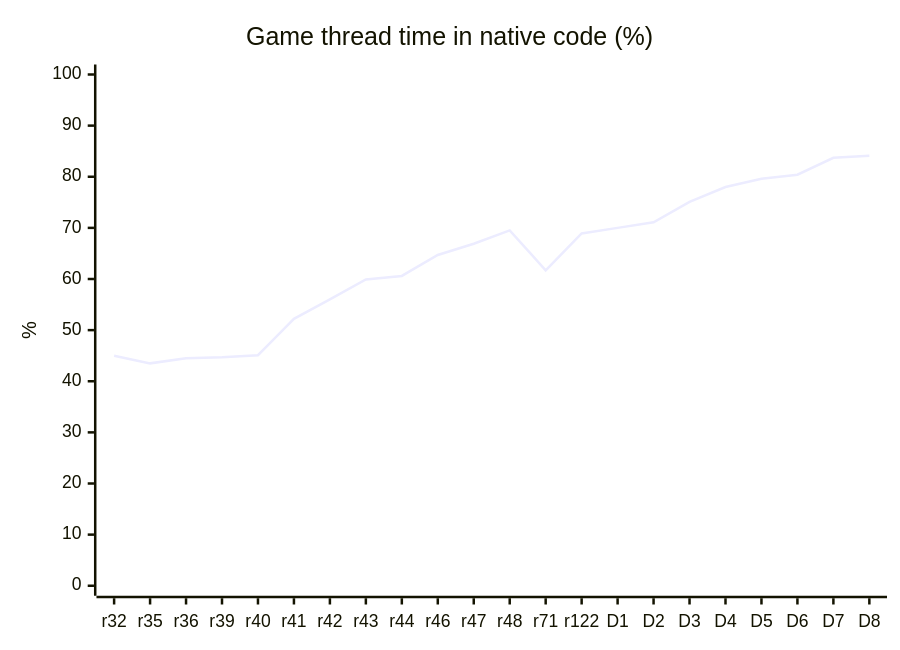
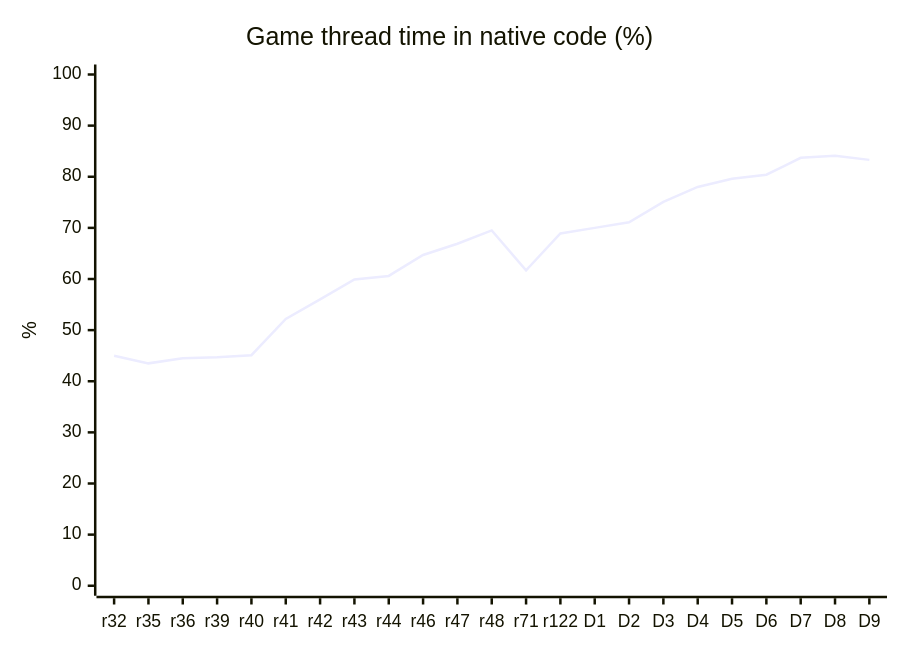
The diagram in README.md (HenryKun55/celosia), drawn with Mermaid before and after one commit. The commit also changed other lines of this file and 15 other files, not shown here.

````diff
--- a/README.md
+++ b/README.md
@@ -275,7 +276,7 @@
 ```mermaid
 xychart-beta
     title "Game thread time in native code (%)"
-    x-axis ["r32", "r35", "r36", "r39", "r40", "r41", "r42", "r43", "r44", "r46", "r47", "r48", "r71", "r122", "D1", "D2", "D3", "D4", "D5", "D6", "D7", "D8"]
+    x-axis ["r32", "r35", "r36", "r39", "r40", "r41", "r42", "r43", "r44", "r46", "r47", "r48", "r71", "r122", "D1", "D2", "D3", "D4", "D5", "D6", "D7", "D8", "D9"]
     y-axis "%" 0 --> 100
-    line [45.0, 43.5, 44.5, 44.7, 45.1, 52.2, 56.0, 59.9, 60.6, 64.7, 66.9, 69.5, 61.7, 68.9, 70.0, 71.1, 75.1, 78.0, 79.6, 80.4, 83.7, 84.1]
+    line [45.0, 43.5, 44.5, 44.7, 45.1, 52.2, 56.0, 59.9, 60.6, 64.7, 66.9, 69.5, 61.7, 68.9, 70.0, 71.1, 75.1, 78.0, 79.6, 80.4, 83.7, 84.1, 83.3]
 ```
````
